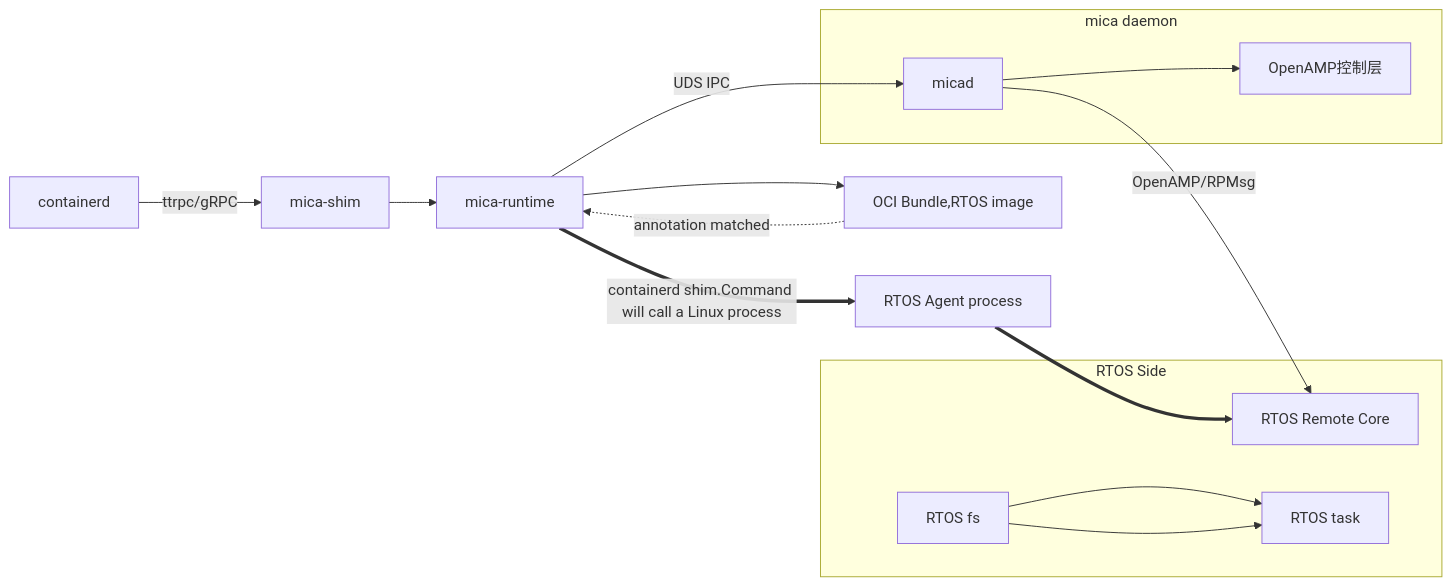
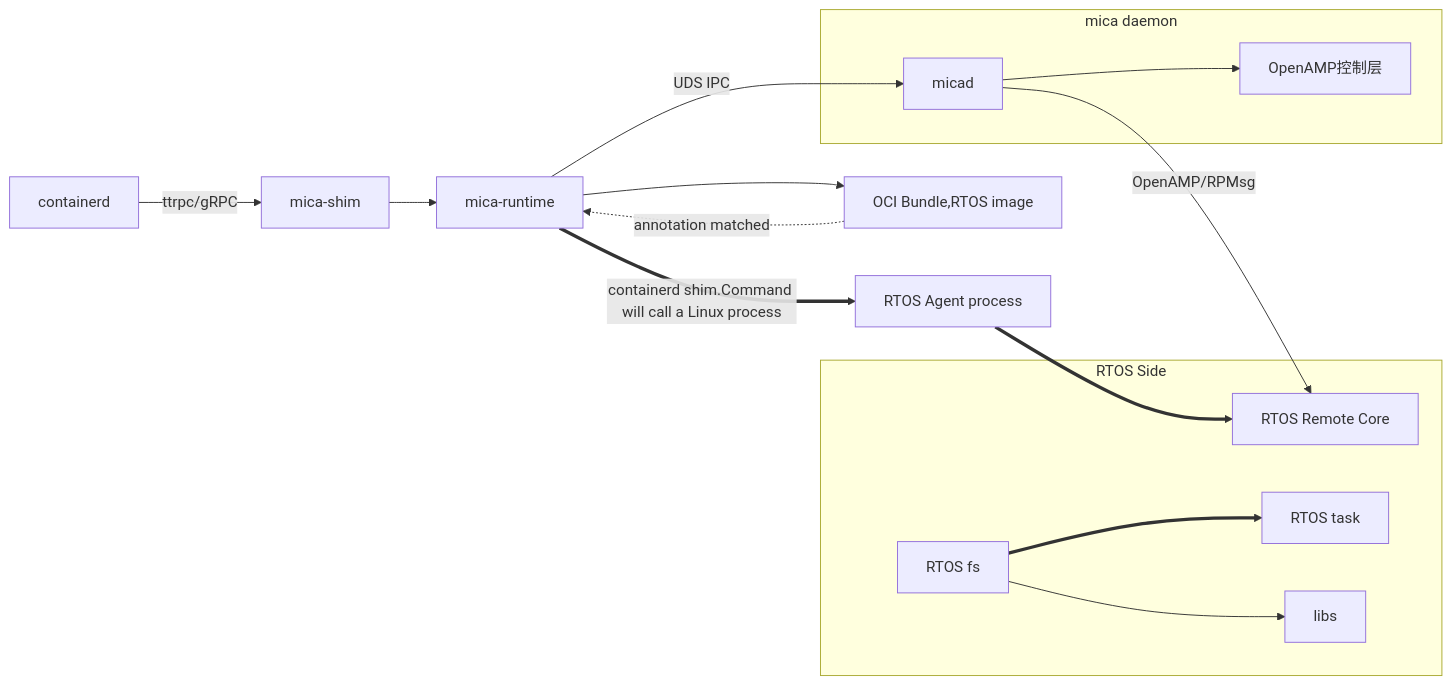
Before and after one commit to Egg12138/iodraw-files: the diagram in all/未命名.md, drawn with Mermaid.

Commit message:
2025-06-21 17:10:07 update

````diff
--- a/all/未命名.md
+++ b/all/未命名.md
@@ -1,22 +1,22 @@
 ```mermaid
 
 graph LR
     CD[containerd] -->|ttrpc/gRPC| S
     S[mica-shim] --> MR
     MR[mica-runtime] -->|UDS IPC| A[micad]
     MR -->C[OCI Bundle,RTOS image]
     MR ==>|containerd shim.Command will call a Linux process|AG[RTOS Agent process]
     A -->|OpenAMP/RPMsg| B[RTOS Remote Core]
     C -.->|annotation matched| MR
     AG ==>B
     subgraph RTOS Side
         B
-        D[RTOS fs] --> E
-        D --> 
+        D[RTOS fs] ==> E
+        D --> L[libs]
         E[RTOS task]
     end
     subgraph mica daemon
         A --> F[OpenAMP控制层]
     end
 
 ```
````
